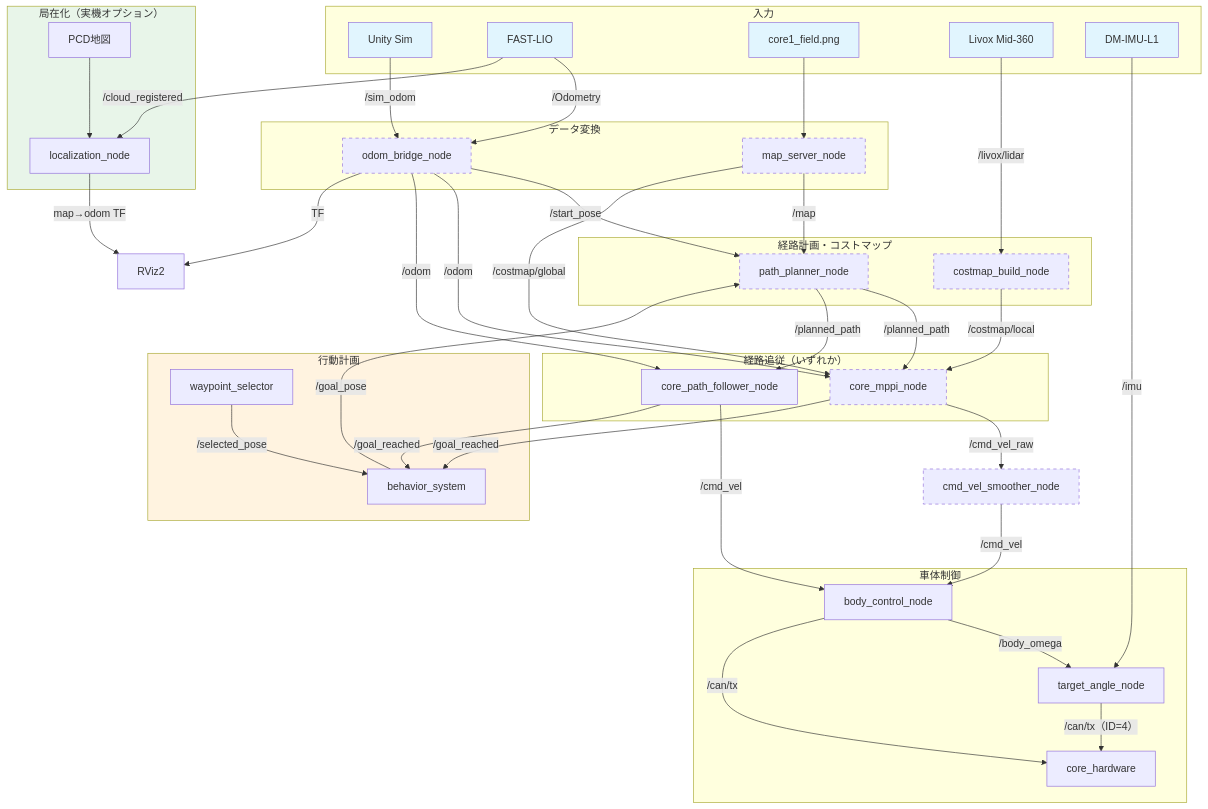
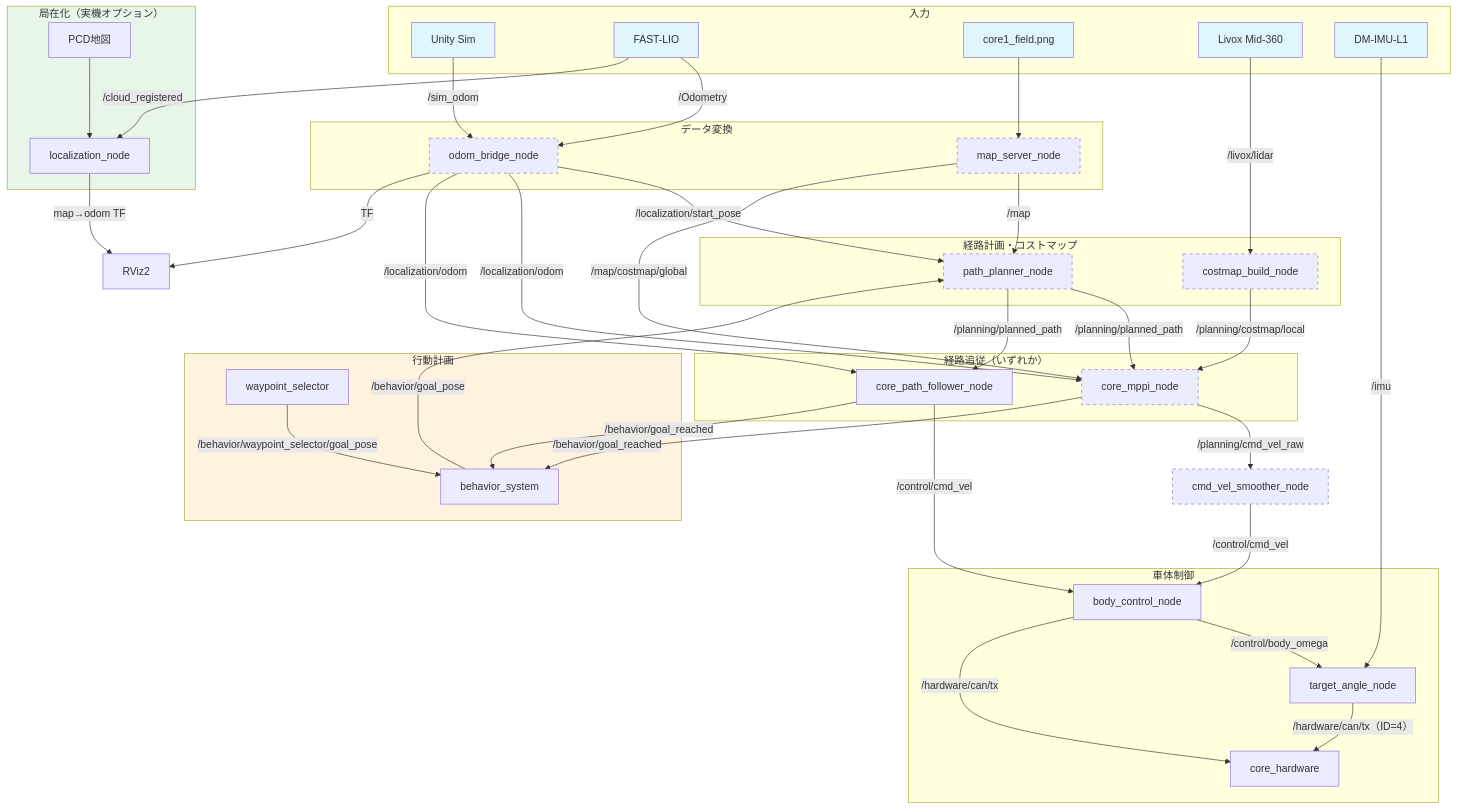
One commit to team-continue/core2026 changed the first of 3 diagrams in docs/architecture/overview.md. Above: the diagram before and after it, drawn with Mermaid. The commit also changed other lines of this file and 33 other files, not shown here.

```diff
--- a/docs/architecture/overview.md
+++ b/docs/architecture/overview.md
@@ -110,28 +142,28 @@
     LiDAR -->|/livox/lidar| CostmapBuilder
     DMIMU -->|/imu| TargetAngle
 
-    WaypointSelector -->|/selected_pose| BehaviorSystem
-    BehaviorSystem -->|/goal_pose| PathPlanner
+    WaypointSelector -->|"/behavior/waypoint_selector/goal_pose"| BehaviorSystem
+    BehaviorSystem -->|/behavior/goal_pose| PathPlanner
 
-    OdomBridge -->|/start_pose| PathPlanner
-    OdomBridge -->|/odom| MPPI
-    OdomBridge -->|/odom| PathFollower
+    OdomBridge -->|/localization/start_pose| PathPlanner
+    OdomBridge -->|/localization/odom| MPPI
+    OdomBridge -->|/localization/odom| PathFollower
     OdomBridge -->|TF| RViz
     MapServer -->|/map| PathPlanner
-    MapServer -->|/costmap/global| MPPI
+    MapServer -->|/map/costmap/global| MPPI
 
-    PathPlanner -->|/planned_path| MPPI
-    PathPlanner -->|/planned_path| PathFollower
-    CostmapBuilder -->|/costmap/local| MPPI
+    PathPlanner -->|/planning/planned_path| MPPI
+    PathPlanner -->|/planning/planned_path| PathFollower
+    CostmapBuilder -->|/planning/costmap/local| MPPI
 
-    MPPI -->|/cmd_vel_raw| Smoother
-    Smoother -->|/cmd_vel| BodyController
-    PathFollower -->|/cmd_vel| BodyController
-    MPPI -->|/goal_reached| BehaviorSystem
-    PathFollower -->|/goal_reached| BehaviorSystem
-    BodyController -->|/body_omega| TargetAngle
-    BodyController -->|/can/tx| Hardware
-    TargetAngle -->|"/can/tx（ID=4）"| Hardware
+    MPPI -->|/planning/cmd_vel_raw| Smoother
+    Smoother -->|/control/cmd_vel| BodyController
+    PathFollower -->|/control/cmd_vel| BodyController
+    MPPI -->|/behavior/goal_reached| BehaviorSystem
+    PathFollower -->|/behavior/goal_reached| BehaviorSystem
+    BodyController -->|/control/body_omega| TargetAngle
+    BodyController -->|/hardware/can/tx| Hardware
+    TargetAngle -->|"/hardware/can/tx（ID=4）"| Hardware
 
     subgraph Localization["局在化（実機オプション）"]
         PCDMap["PCD地図"] --> LocalizationNode["localization_node"]
```
